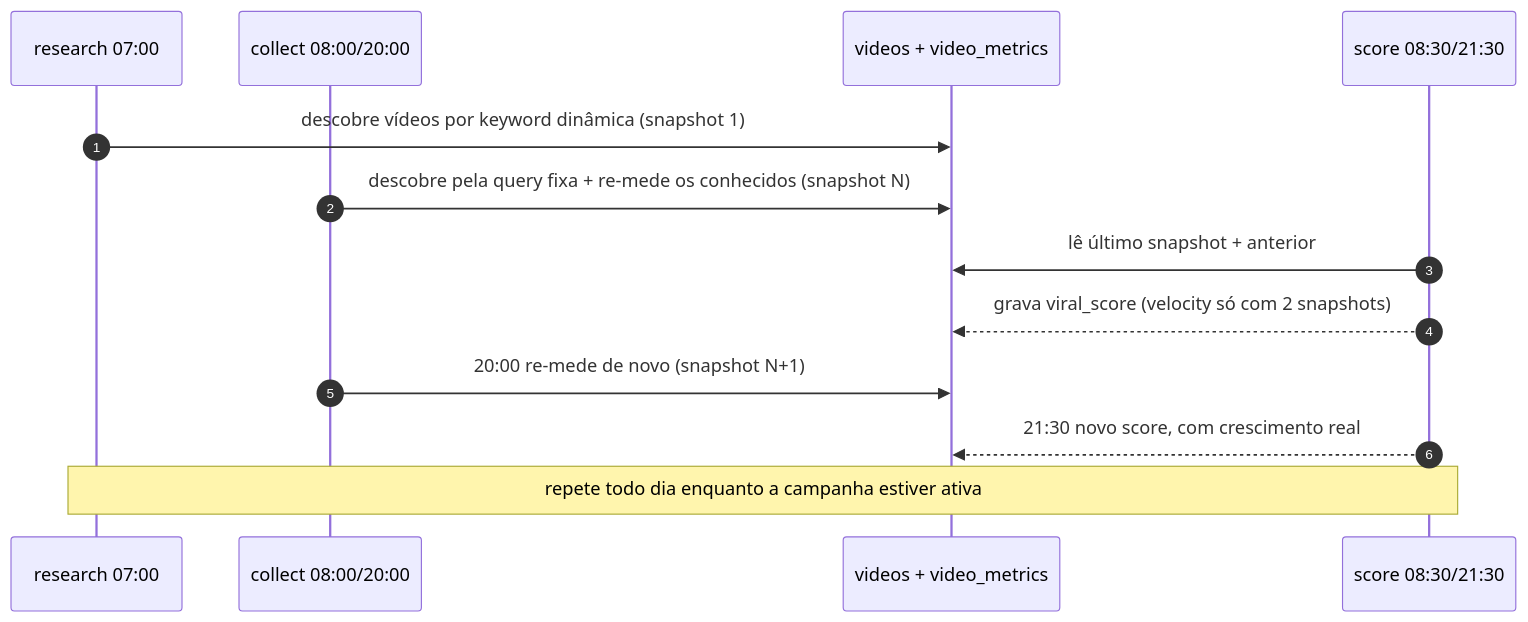
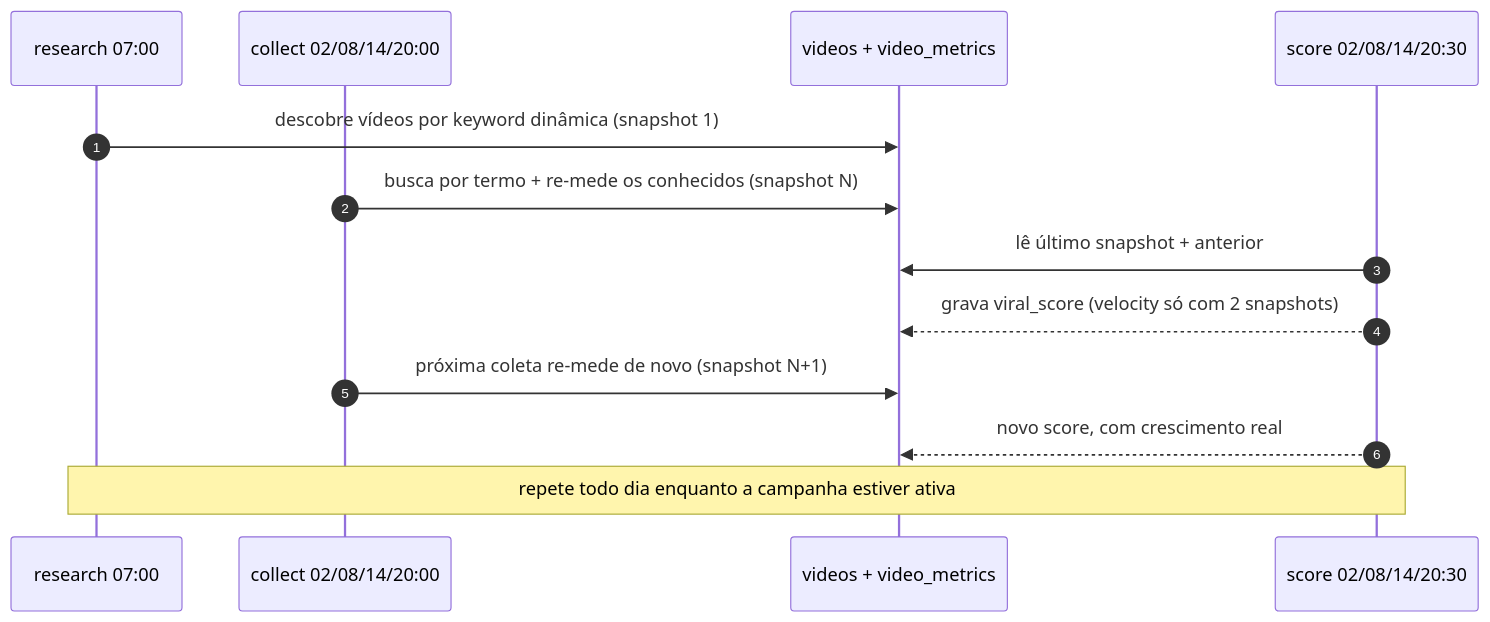
One commit to leonardodg/content-factory changed the seventh of 7 diagrams in docs/diagram/mapa-do-ciclo.md. Above: the diagram before and after it, drawn with Mermaid. The commit also changed other lines of this file and 3 other files, not shown here.

Commit message:
docs(worker): cron collect/score 4x/dia na operação e diagramas (R12)

````diff
--- a/docs/diagram/mapa-do-ciclo.md
+++ b/docs/diagram/mapa-do-ciclo.md
@@ -215,15 +213,15 @@
 ```mermaid
 sequenceDiagram
     autonumber
     participant R as research 07:00
-    participant C as collect 08:00/20:00
+    participant C as collect 02/08/14/20:00
     participant DB as videos + video_metrics
-    participant S as score 08:30/21:30
+    participant S as score 02/08/14/20:30
     R->>DB: descobre vídeos por keyword dinâmica (snapshot 1)
-    C->>DB: descobre pela query fixa + re-mede os conhecidos (snapshot N)
+    C->>DB: busca por termo + re-mede os conhecidos (snapshot N)
     S->>DB: lê último snapshot + anterior
     S-->>DB: grava viral_score (velocity só com 2 snapshots)
-    C->>DB: 20:00 re-mede de novo (snapshot N+1)
-    S-->>DB: 21:30 novo score, com crescimento real
+    C->>DB: próxima coleta re-mede de novo (snapshot N+1)
+    S-->>DB: novo score, com crescimento real
     Note over R,S: repete todo dia enquanto a campanha estiver ativa
 ```
````
